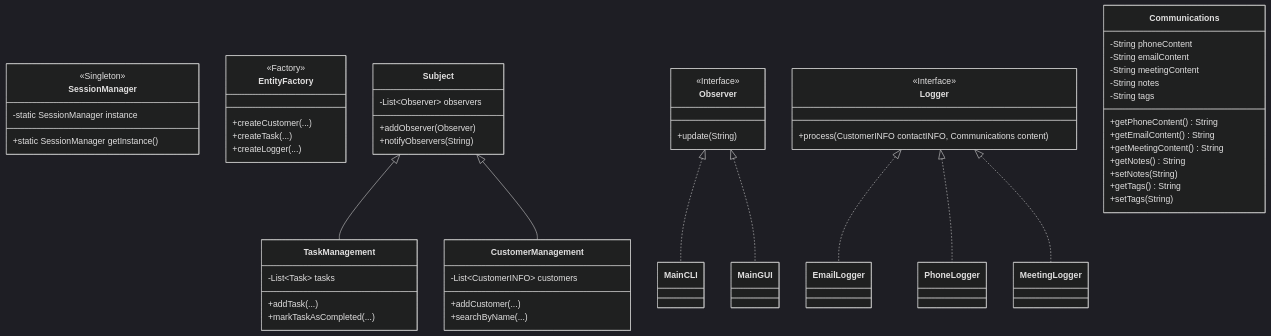
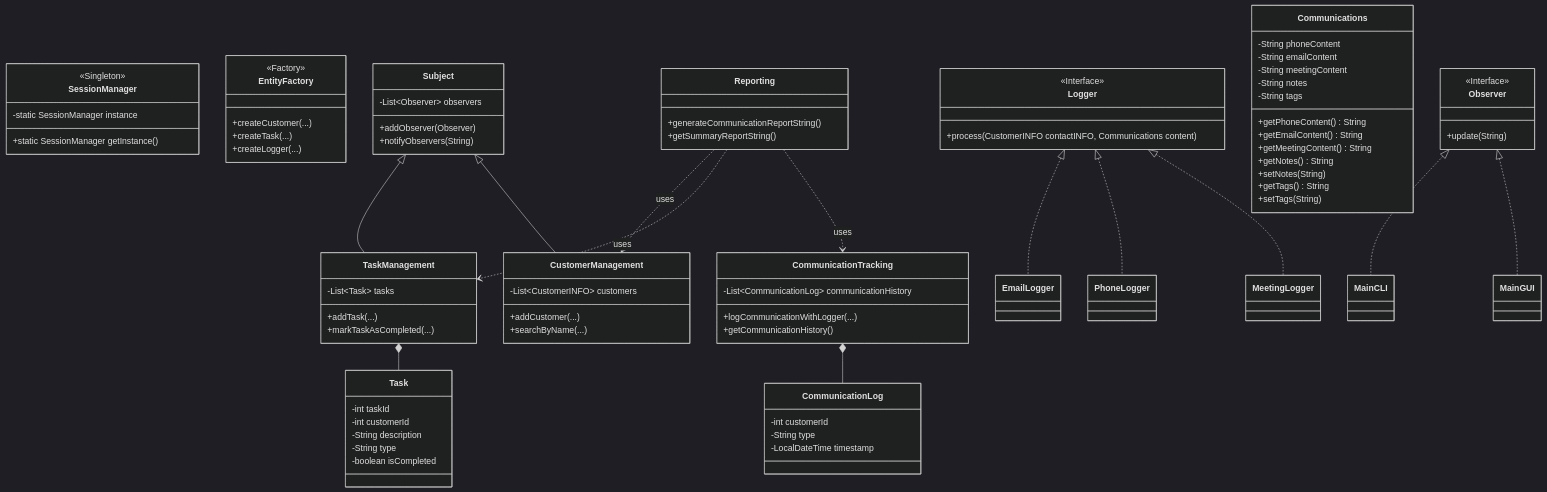
Before and after one commit to lagom7890/OOP_coursework: the second of 2 diagrams in README.md, drawn with Mermaid (dark theme).

Commit message:
eleventh commitment: little modification on class diagram

````diff
--- a/README.md
+++ b/README.md
@@ -129,6 +129,31 @@
     class PhoneLogger
     class MeetingLogger
     
+    class Task {
+        -int taskId
+        -int customerId
+        -String description
+        -String type
+        -boolean isCompleted
+    }
+    
+    class CommunicationLog {
+        -int customerId
+        -String type
+        -LocalDateTime timestamp
+    }
+
+    class CommunicationTracking {
+        -List~CommunicationLog~ communicationHistory
+        +logCommunicationWithLogger(...)
+        +getCommunicationHistory()
+    }
+    
+    class Reporting {
+        +generateCommunicationReportString()
+        +getSummaryReportString()
+    }
+
     Logger <|.. EmailLogger
     Logger <|.. PhoneLogger
     Logger <|.. MeetingLogger
@@ -137,4 +162,10 @@
     Subject <|-- CustomerManagement
     Observer <|.. MainCLI
     Observer <|.. MainGUI
+    
+    TaskManagement *-- Task
+    CommunicationTracking *-- CommunicationLog
+    Reporting ..> CustomerManagement : uses
+    Reporting ..> TaskManagement : uses
+    Reporting ..> CommunicationTracking : uses
 ```
````
